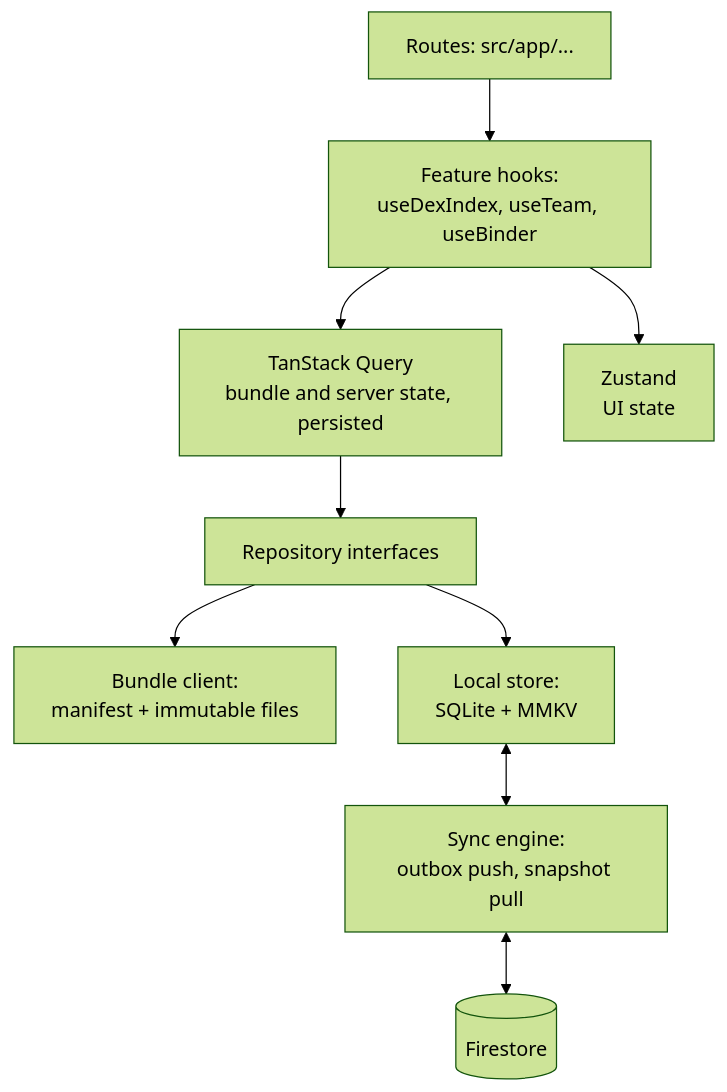
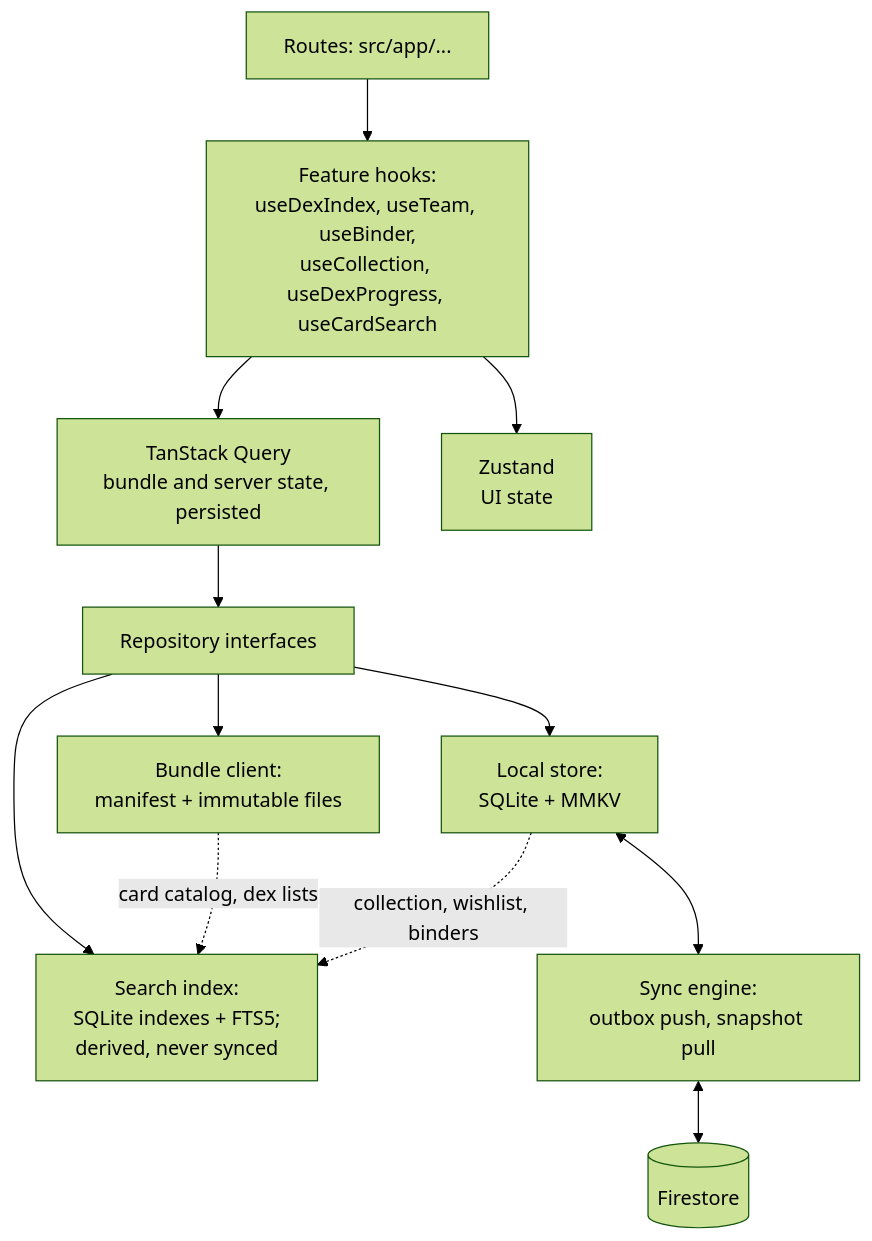
The fifth of 5 diagrams in docs/architecture/overview.md (edmundtrinh/PokeVerse), drawn with Mermaid (forest theme) before and after one commit. The commit also changed other lines of this file and 5 other files, not shown here.

Commit message:
Plan the card collection, dex progress, and card search

````diff
--- a/docs/architecture/overview.md
+++ b/docs/architecture/overview.md
@@ -277,11 +281,14 @@
 ```mermaid
 flowchart TB
-  R["Routes: src/app/..."] --> H["Feature hooks:<br/>useDexIndex, useTeam, useBinder"]
+  R["Routes: src/app/..."] --> H["Feature hooks:<br/>useDexIndex, useTeam, useBinder,<br/>useCollection, useDexProgress, useCardSearch"]
   H --> Q["TanStack Query<br/>bundle and server state, persisted"]
   H --> Z["Zustand<br/>UI state"]
   Q --> REPO["Repository interfaces"]
   REPO --> BC["Bundle client:<br/>manifest + immutable files"]
   REPO --> LS["Local store:<br/>SQLite + MMKV"]
+  REPO --> SX["Search index:<br/>SQLite indexes + FTS5;<br/>derived, never synced"]
+  BC -.->|"card catalog, dex lists"| SX
+  LS -.->|"collection, wishlist, binders"| SX
   LS <--> SY["Sync engine:<br/>outbox push, snapshot pull"]
   SY <--> FS[("Firestore")]
 ```
````
